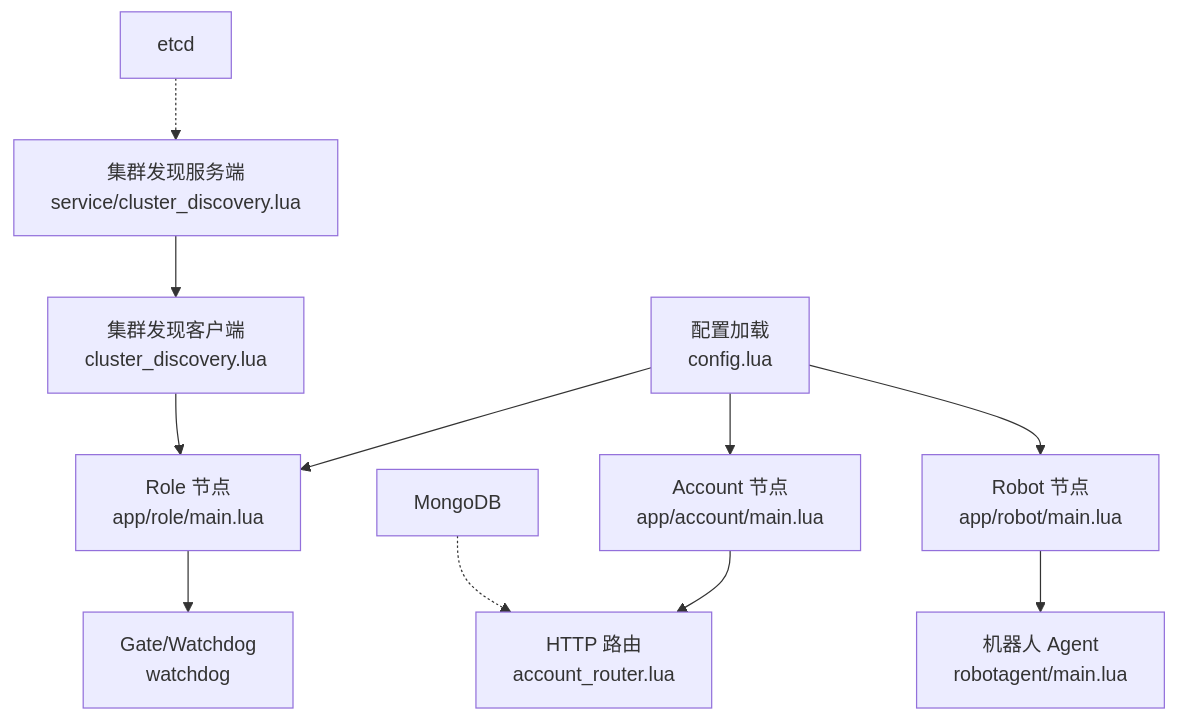
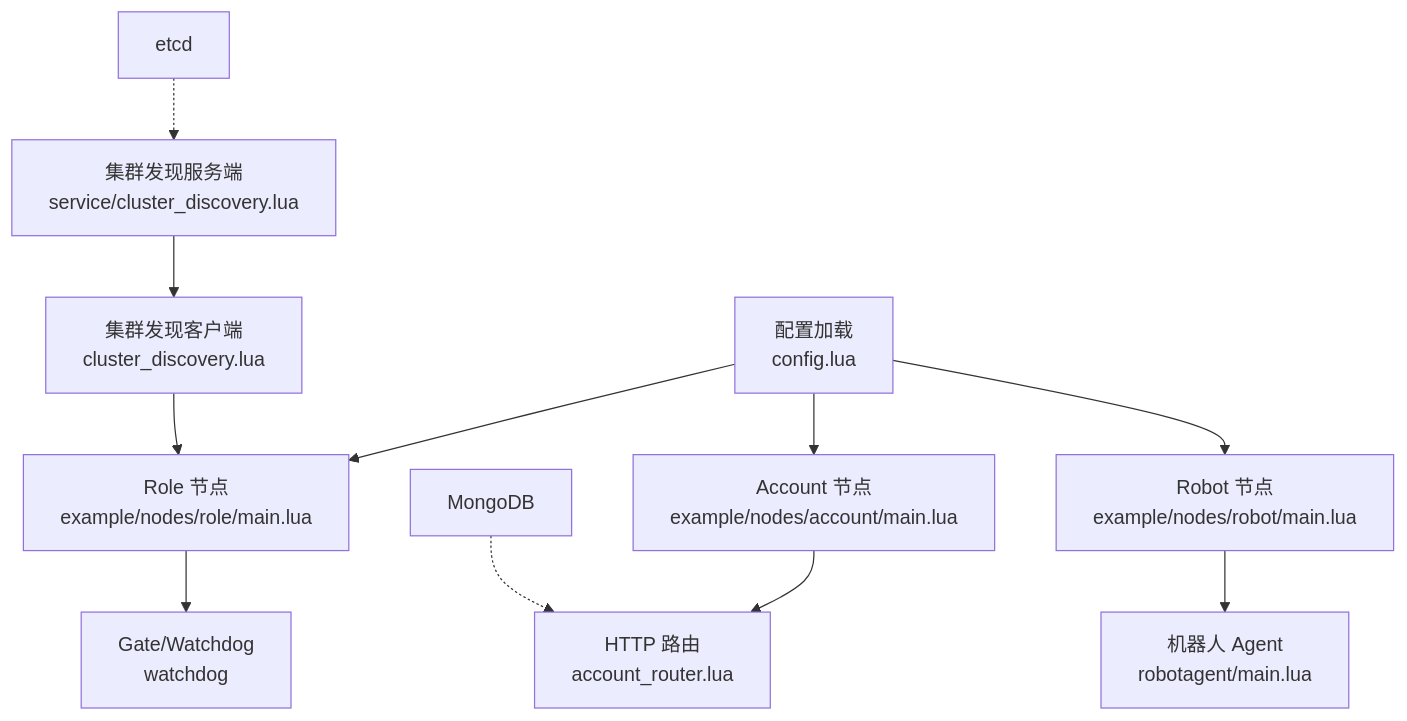
The first of 7 diagrams in docs/repowiki/zh/content/架构设计/微服务架构设计.md (hanxi/skyext), drawn with Mermaid before and after one commit. The commit also changed other lines of this file and 117 other files, not shown here.

````diff
--- a/docs/repowiki/zh/content/架构设计/微服务架构设计.md
+++ b/docs/repowiki/zh/content/架构设计/微服务架构设计.md
@@ -41,13 +41,13 @@
 ```mermaid
 graph TB
-A["Account 节点<br/>app/account/main.lua"] --> B["HTTP 路由<br/>account_router.lua"]
-C["Role 节点<br/>app/role/main.lua"] --> D["Gate/Watchdog<br/>watchdog"]
-E["Robot 节点<br/>app/robot/main.lua"] --> F["机器人 Agent<br/>robotagent/main.lua"]
+A["Account 节点<br/>example/nodes/account/main.lua"] --> B["HTTP 路由<br/>account_router.lua"]
+C["Role 节点<br/>example/nodes/role/main.lua"] --> D["Gate/Watchdog<br/>watchdog"]
+E["Robot 节点<br/>example/nodes/robot/main.lua"] --> F["机器人 Agent<br/>robotagent/main.lua"]
 G["配置加载<br/>config.lua"] --> A
 G --> C
 G --> E
 H["集群发现客户端<br/>cluster_discovery.lua"] --> C
 I["集群发现服务端<br/>service/cluster_discovery.lua"] --> H
 J["MongoDB"] -.-> B
 K["etcd"] -.-> I
 ```
````
